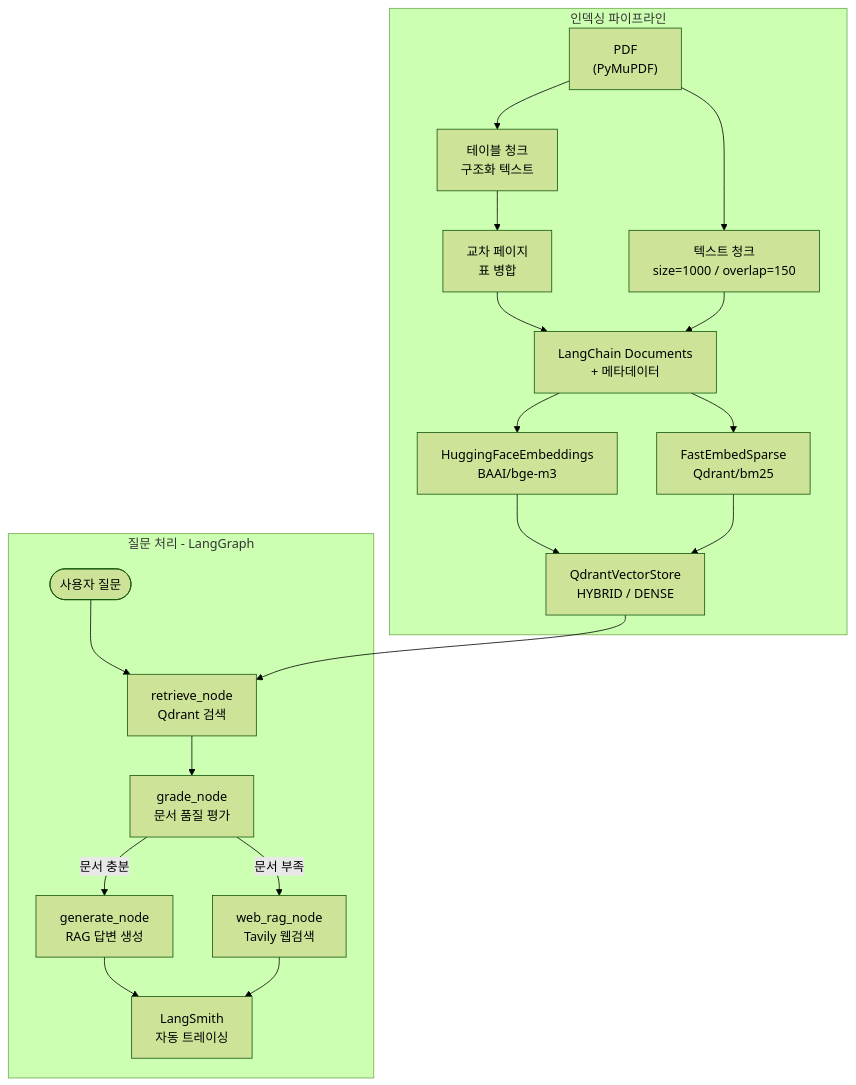
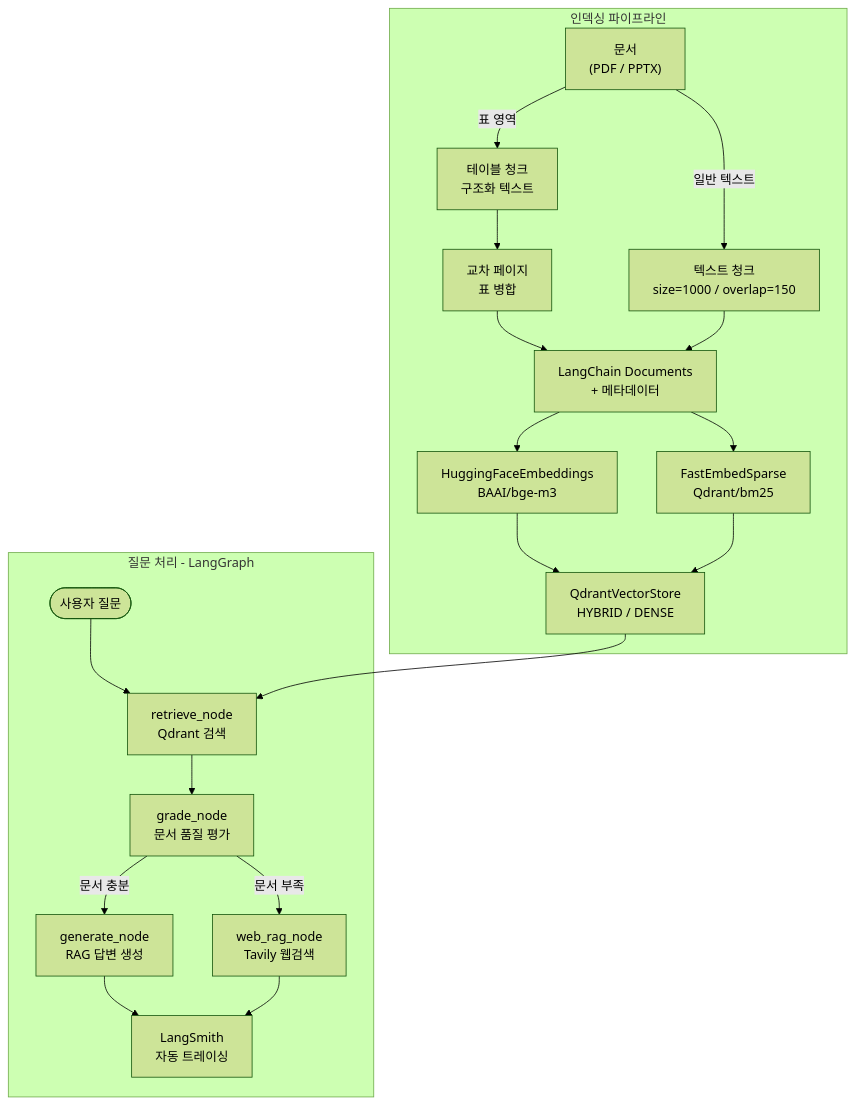
Before and after one commit to kim-jang-hyun/table_rag: the first of 2 diagrams in README.md, drawn with Mermaid (forest theme). The commit also changed other lines of this file, not shown here.

````diff
--- a/README.md
+++ b/README.md
@@ -107,33 +107,34 @@
 ```mermaid
 flowchart TD
     subgraph ingest [인덱싱 파이프라인]
-        PDF["PDF\n(PyMuPDF)"]
+        Doc["문서\n(PDF / PPTX)"]
+        TableChunk["테이블 청크\n구조화 텍스트"]
         TextChunk["텍스트 청크\nsize=1000 / overlap=150"]
-        TableChunk["테이블 청크\n구조화 텍스트"]
         Merge["교차 페이지\n표 병합"]
         LCDoc["LangChain Documents\n+ 메타데이터"]
         Dense["HuggingFaceEmbeddings\nBAAI/bge-m3"]
         Sparse["FastEmbedSparse\nQdrant/bm25"]
         Qdrant["QdrantVectorStore\nHYBRID / DENSE"]
     end
 
     subgraph agent [질문 처리 - LangGraph]
         UserQ([사용자 질문])
         Retrieve["retrieve_node\nQdrant 검색"]
         Grade["grade_node\n문서 품질 평가"]
         Generate["generate_node\nRAG 답변 생성"]
         WebRAG["web_rag_node\nTavily 웹검색"]
         LangSmith["LangSmith\n자동 트레이싱"]
     end
 
-    PDF --> TextChunk & TableChunk
+    Doc -->|"표 영역"| TableChunk
+    Doc -->|"일반 텍스트"| TextChunk
     TableChunk --> Merge --> LCDoc
     TextChunk --> LCDoc
     LCDoc --> Dense & Sparse --> Qdrant
 
     UserQ --> Retrieve --> Grade
     Grade -->|"문서 충분"| Generate
     Grade -->|"문서 부족"| WebRAG
     Qdrant --> Retrieve
     Generate & WebRAG --> LangSmith
 ```
````
